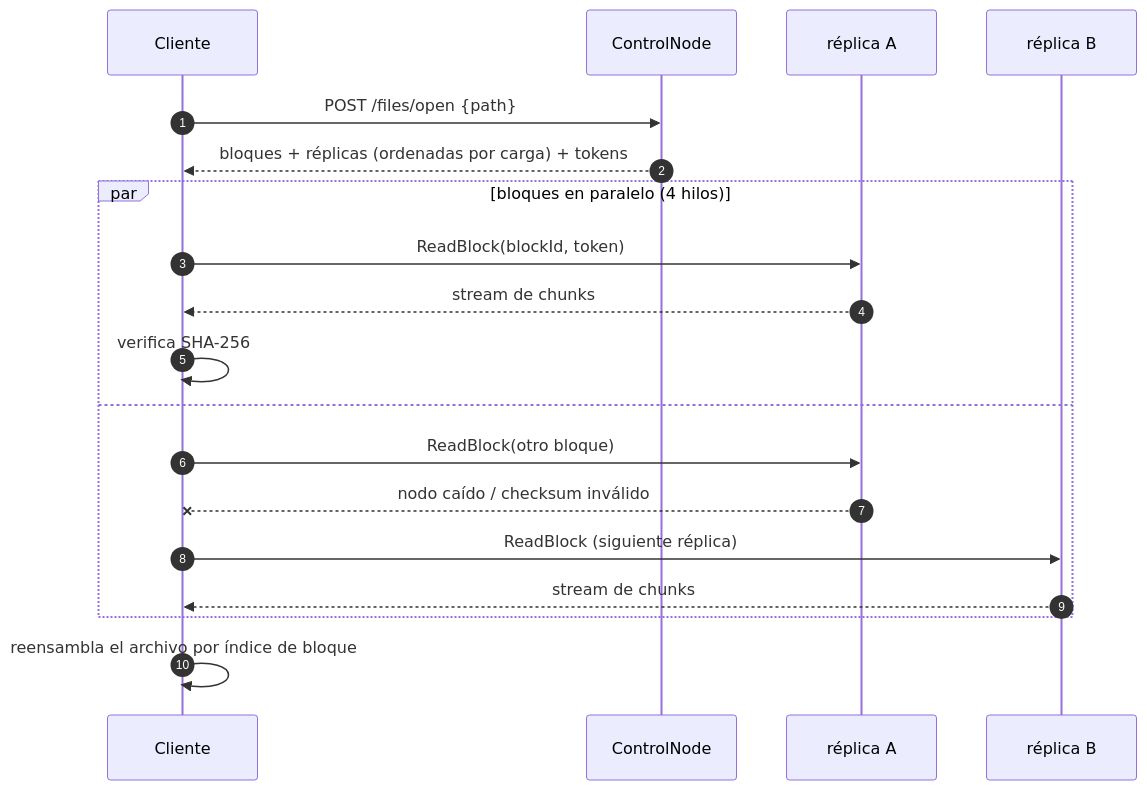
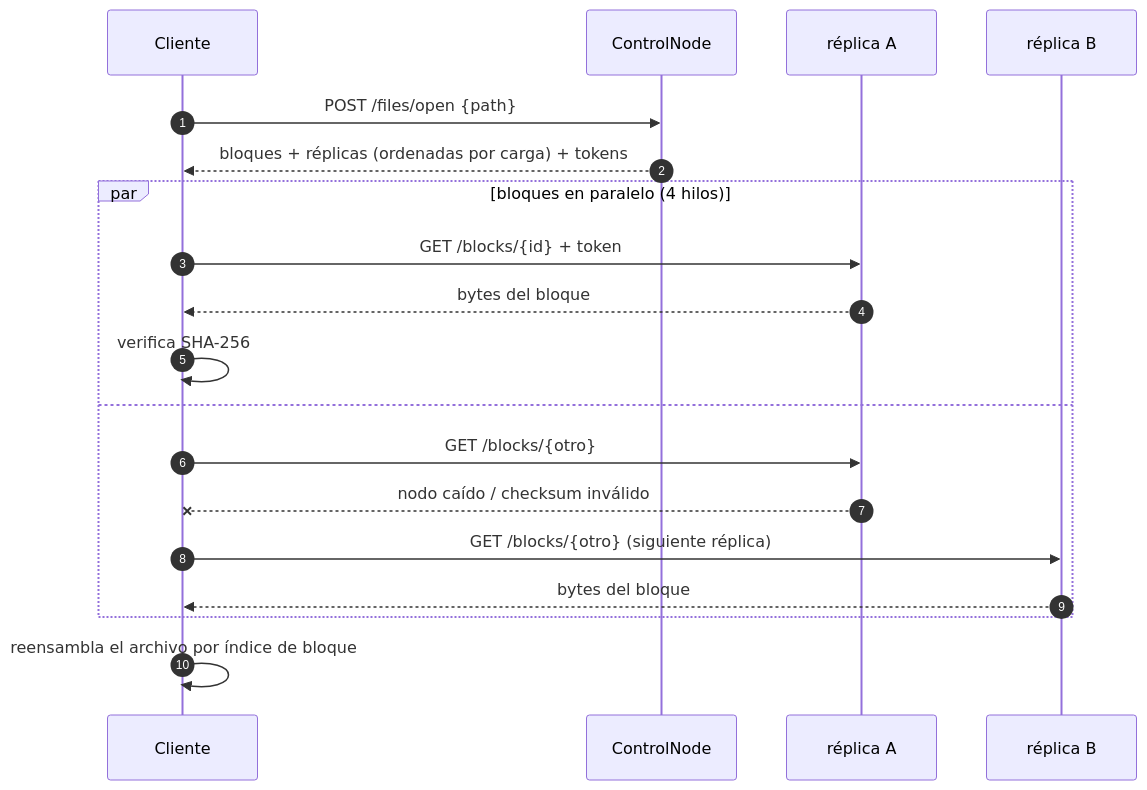
One commit to MiguelMontoya221004/DFSha changed the fourth of 5 diagrams in docs/comunicaciones.md. Above: the diagram before and after it, drawn with Mermaid. The commit also changed other lines of this file and 30 other files, not shown here.

````diff
--- a/docs/comunicaciones.md
+++ b/docs/comunicaciones.md
@@ -259,21 +274,21 @@
 ```mermaid
 sequenceDiagram
     autonumber
     participant C as Cliente
     participant CN as ControlNode
     participant DA as réplica A
     participant DB as réplica B
     C->>CN: POST /files/open {path}
     CN-->>C: bloques + réplicas (ordenadas por carga) + tokens
     par bloques en paralelo (4 hilos)
-        C->>DA: ReadBlock(blockId, token)
-        DA-->>C: stream de chunks
+        C->>DA: GET /blocks/{id} + token
+        DA-->>C: bytes del bloque
         C->>C: verifica SHA-256
     and
-        C->>DA: ReadBlock(otro bloque)
+        C->>DA: GET /blocks/{otro}
         DA--xC: nodo caído / checksum inválido
-        C->>DB: ReadBlock (siguiente réplica)
-        DB-->>C: stream de chunks
+        C->>DB: GET /blocks/{otro} (siguiente réplica)
+        DB-->>C: bytes del bloque
     end
     C->>C: reensambla el archivo por índice de bloque
 ```
````
